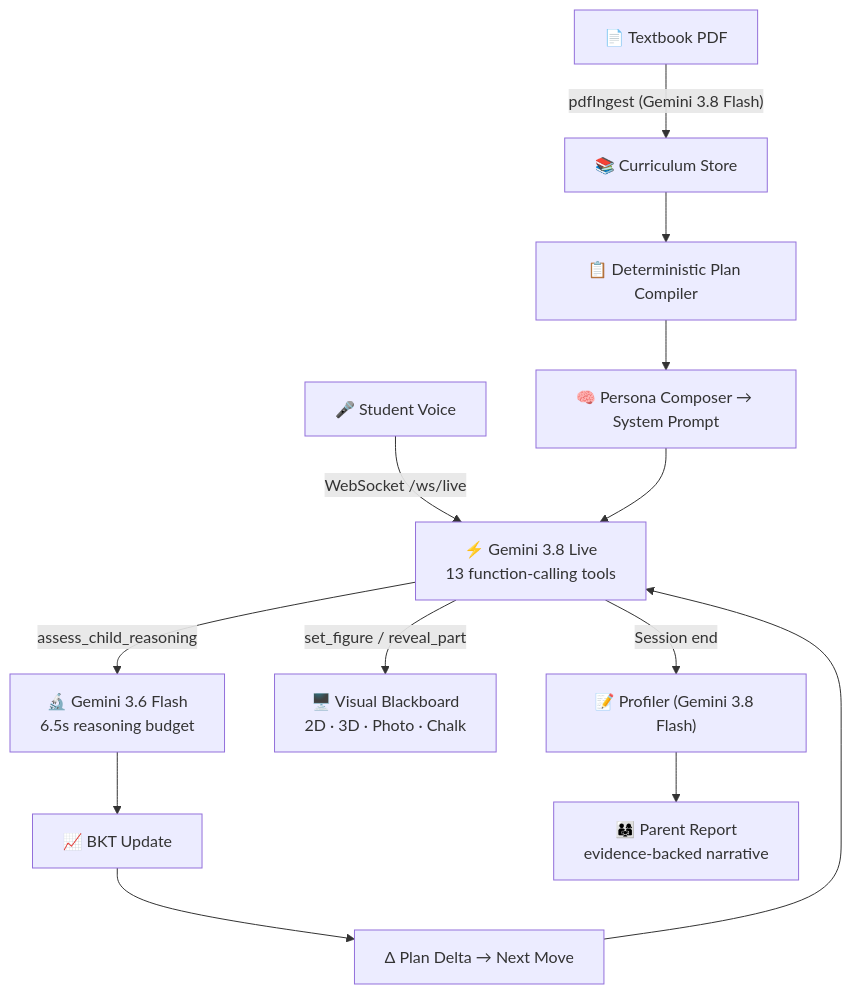
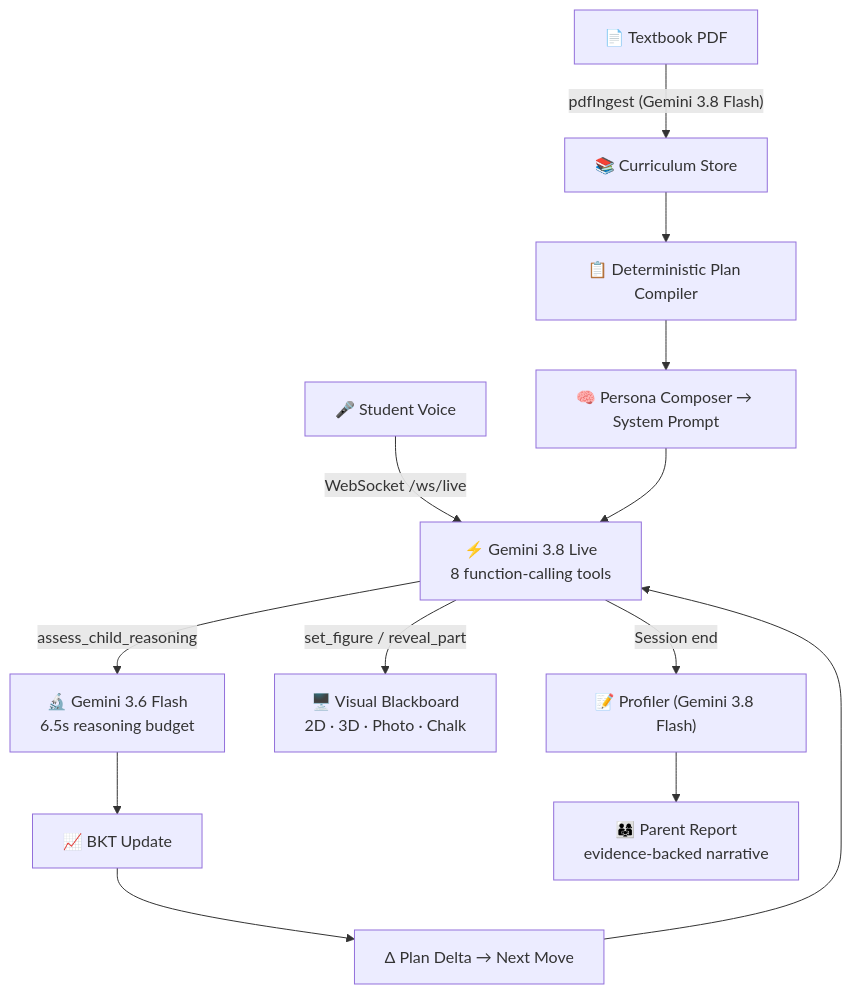
One commit to sur2rock1/AI_Builder_cup_2026 changed the diagram in README.md. Above: the diagram before and after it, drawn with Mermaid. The commit also changed other lines of this file and 86 other files, not shown here.

````diff
--- a/README.md
+++ b/README.md
@@ -31,19 +32,19 @@
 ```mermaid
 flowchart TD
     PDF["📄 Textbook PDF"] -->|"pdfIngest (Gemini 3.8 Flash)"| CUR["📚 Curriculum Store"]
     CUR --> PLAN["📋 Deterministic Plan Compiler"]
     PLAN --> SYS["🧠 Persona Composer → System Prompt"]
 
-    STU["🎤 Student Voice"] -->|"WebSocket /ws/live"| LIVE["⚡ Gemini 3.8 Live<br/>13 function-calling tools"]
+    STU["🎤 Student Voice"] -->|"WebSocket /ws/live"| LIVE["⚡ Gemini 3.8 Live<br/>8 function-calling tools"]
     SYS --> LIVE
 
     LIVE -->|"assess_child_reasoning"| DIAG["🔬 Gemini 3.6 Flash<br/>6.5s reasoning budget"]
     LIVE -->|"set_figure / reveal_part"| BOARD["🖥️ Visual Blackboard<br/>2D · 3D · Photo · Chalk"]
 
     DIAG --> BKT["📈 BKT Update"]
     BKT --> DELTA["Δ Plan Delta → Next Move"]
     DELTA --> LIVE
 
     LIVE -->|"Session end"| PROF["📝 Profiler (Gemini 3.8 Flash)"]
     PROF --> PARENT["👨‍👩‍👧 Parent Report<br/>evidence-backed narrative"]
 ```
````
